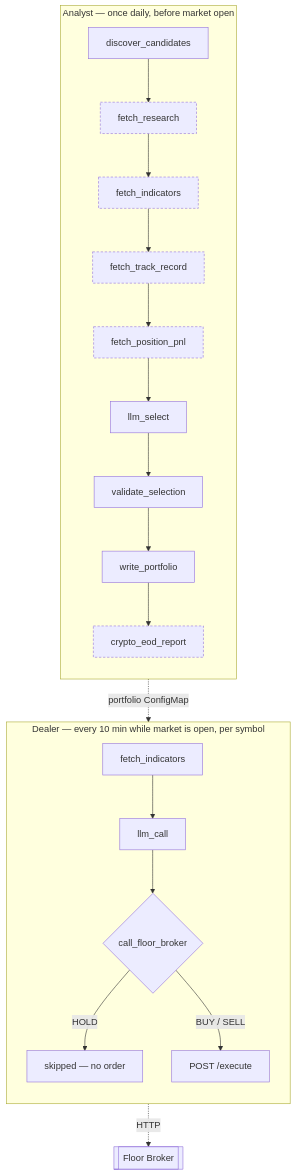
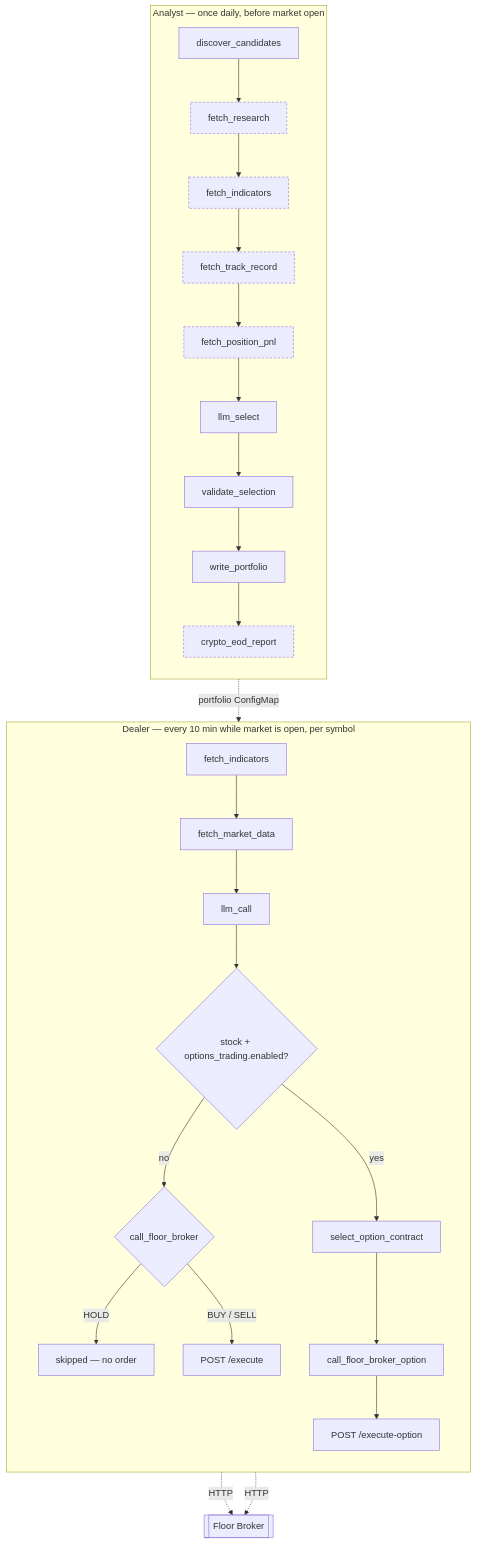
One commit to miramar-labs-org/multi-agent-ai-trader changed the diagram in README.md. Above: the diagram before and after it, drawn with Mermaid. The commit also changed other lines of this file and 7 other files, not shown here.

First line of the commit message:
docs: bring all docs current with options-trading (MCP contract selection)

````diff
--- a/README.md
+++ b/README.md
@@ -149,28 +165,33 @@
 ```mermaid
 flowchart TD
     subgraph Analyst["Analyst — once daily, before market open"]
         direction TB
         A1[discover_candidates] --> A2[fetch_research]
         A2 --> A3[fetch_indicators]
         A3 --> A4[fetch_track_record]
         A4 --> A5[fetch_position_pnl]
         A5 --> A6[llm_select]
         A6 --> A7[validate_selection]
         A7 --> A8[write_portfolio]
         A8 --> A9[crypto_eod_report]
     end
 
     subgraph Dealer["Dealer — every 10 min while market is open, per symbol"]
         direction TB
-        D1[fetch_indicators] --> D2[llm_call]
-        D2 --> D3{call_floor_broker}
-        D3 -->|HOLD| D4[skipped — no order]
-        D3 -->|BUY / SELL| D5[POST /execute]
+        D1[fetch_indicators] --> D1b[fetch_market_data]
+        D1b --> D2[llm_call]
+        D2 --> D3{stock + options_trading.enabled?}
+        D3 -->|no| D6{call_floor_broker}
+        D6 -->|HOLD| D4[skipped — no order]
+        D6 -->|BUY / SELL| D5[POST /execute]
+        D3 -->|yes| D7[select_option_contract] --> D8[call_floor_broker_option]
+        D8 --> D9[POST /execute-option]
     end
 
     A8 -.->|portfolio ConfigMap| D1
     D5 -.->|HTTP| FB[[Floor Broker]]
+    D9 -.->|HTTP| FB
 
     classDef gated stroke-dasharray: 4 3
     class A2,A3,A4,A5,A9 gated
 ```
````
